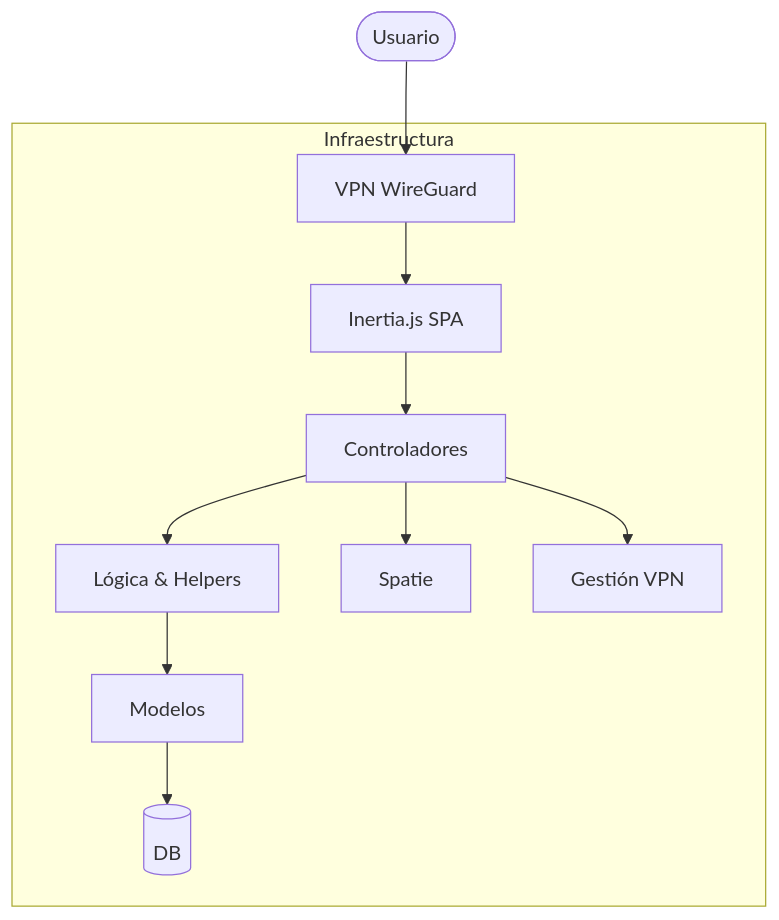
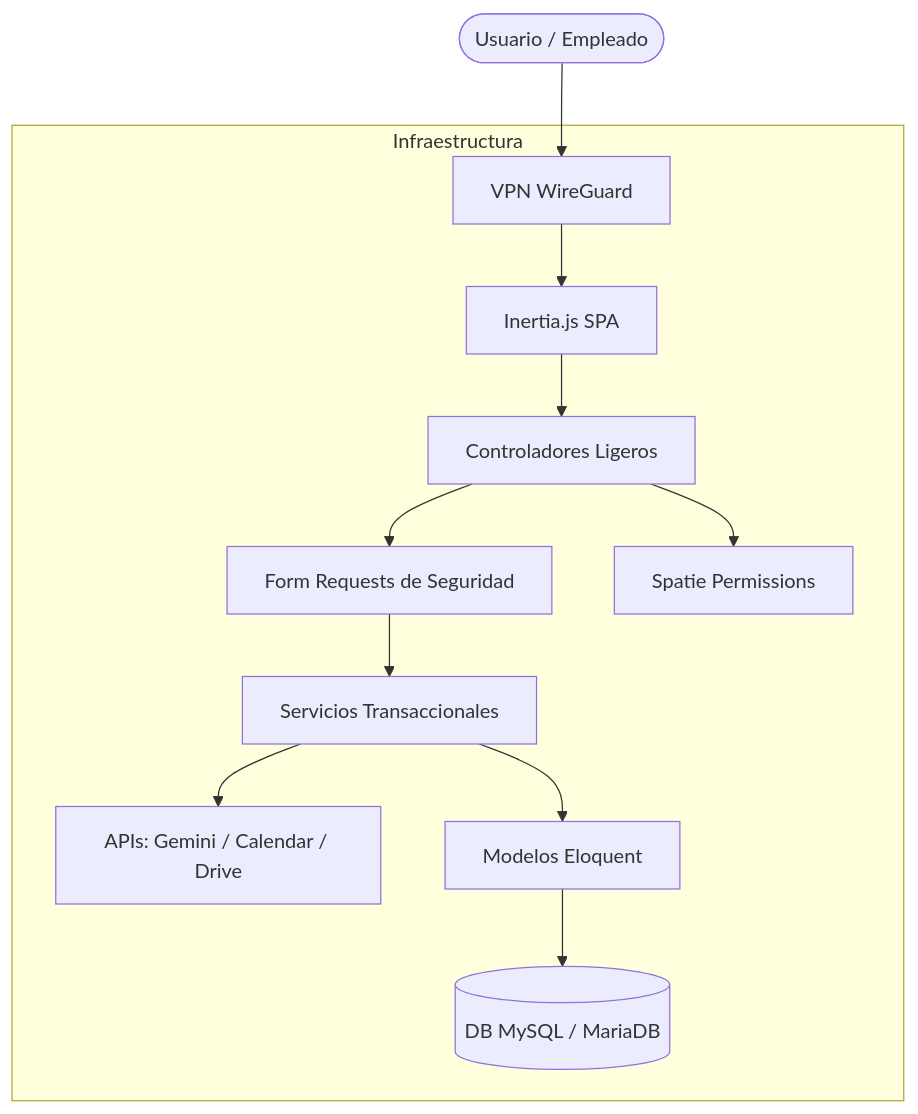
Before and after one commit to francishift/Labs-Backend-FrancisV: the diagram in README.md, drawn with Mermaid. The commit also changed other lines of this file and 12 other files, not shown here.

````diff
--- a/README.md
+++ b/README.md
@@ -53,13 +46,14 @@
 ```mermaid
 graph TD
-    User([Usuario]) --> VPN["VPN WireGuard"]
+    User([Usuario / Empleado]) --> VPN["VPN WireGuard"]
     subgraph "Infraestructura"
     VPN --> B[Inertia.js SPA]
-    B --> C[Controladores]
-    C --> D[Lógica & Helpers]
-    D --> E[Modelos]
-    E --> F[(DB)]
-    C --> G[Spatie]
-    C --> H[Gestión VPN]
+    B --> C[Controladores Ligeros]
+    C --> V[Form Requests de Seguridad]
+    V --> S[Servicios Transaccionales]
+    S --> D[APIs: Gemini / Calendar / Drive]
+    S --> E[Modelos Eloquent]
+    E --> F[(DB MySQL / MariaDB)]
+    C --> G[Spatie Permissions]
     end
 ```
````
